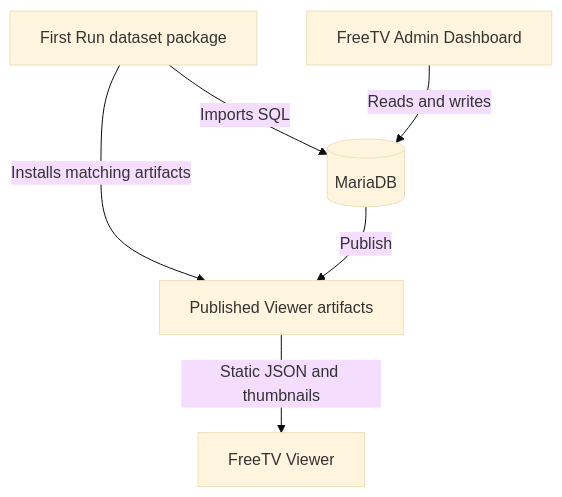
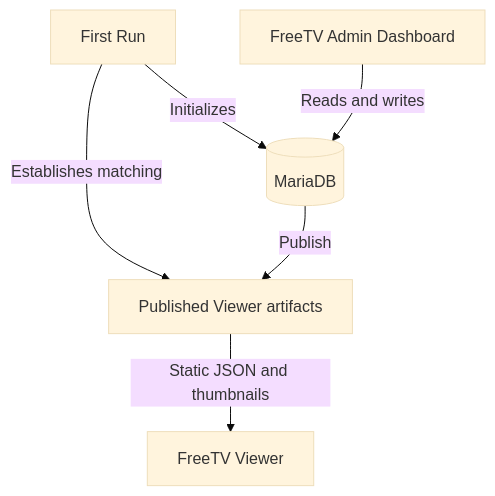
Before and after one commit to freetv-today/freetv-server: the diagram in README.md, drawn with Mermaid (base theme). The commit also changed other lines of this file, not shown here.

````diff
--- a/README.md
+++ b/README.md
@@ -73,8 +73,8 @@
 ```mermaid
 flowchart TD
-    DATA["First Run dataset package"] -->|"Imports SQL"| DB[("MariaDB")]
-    DATA -->|"Installs matching artifacts"| ARTIFACTS["Published Viewer artifacts"]
+    FIRST_RUN["First Run"] -->|"Initializes"| DB[("MariaDB")]
+    FIRST_RUN -->|"Establishes matching"| ARTIFACTS["Published Viewer artifacts"]
     ADMIN["FreeTV Admin Dashboard"] -->|"Reads and writes"| DB
     DB -->|"Publish"| ARTIFACTS
     ARTIFACTS -->|"Static JSON and thumbnails"| VIEWER["FreeTV Viewer"]
 ```
````
